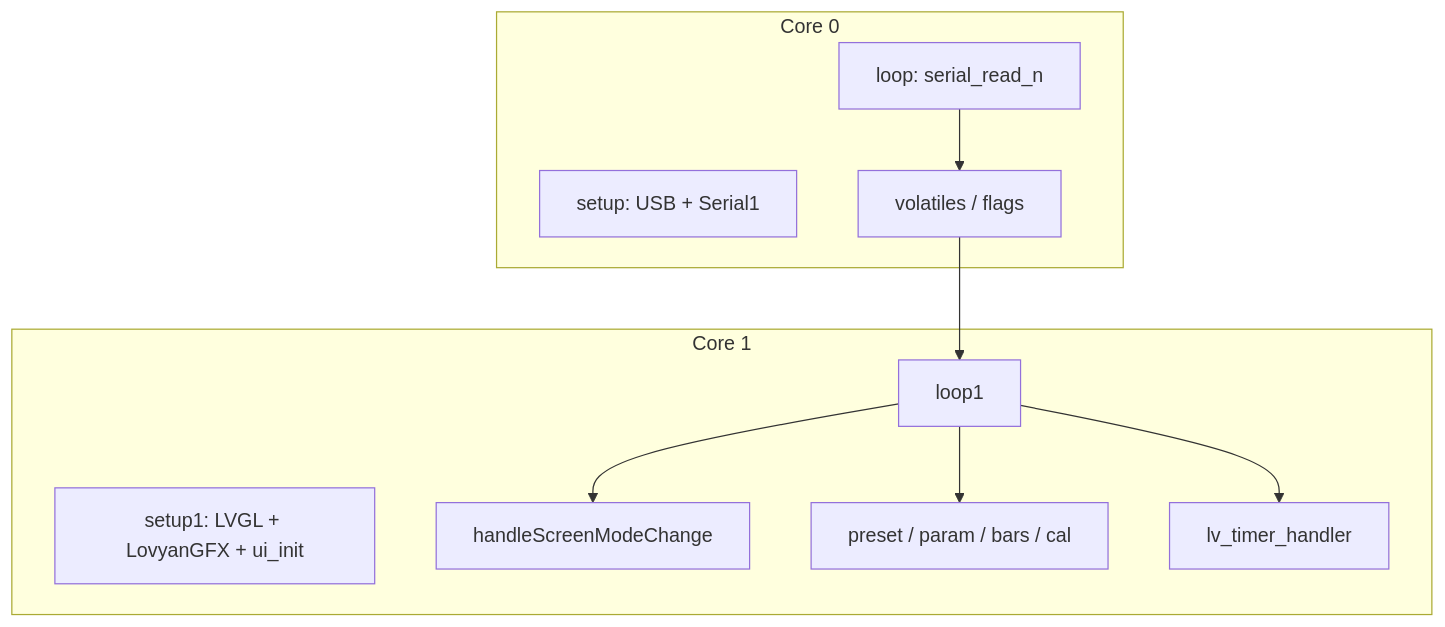
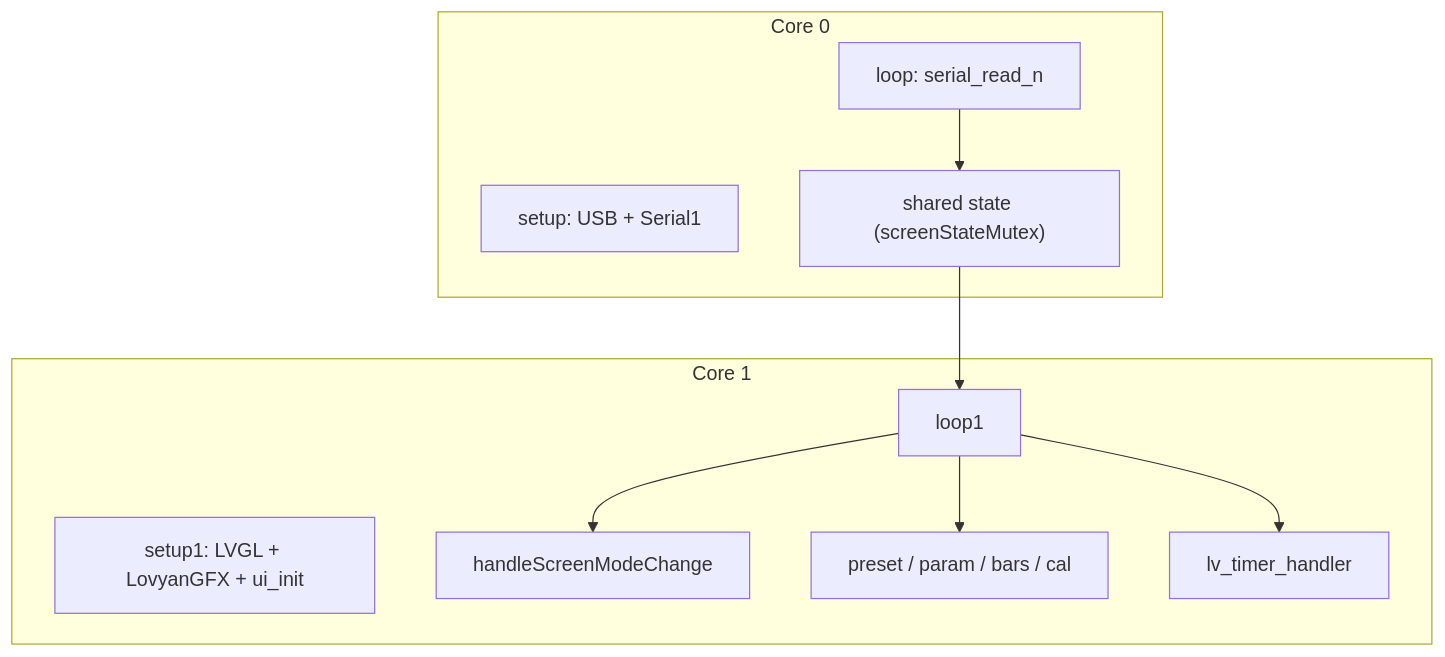
Before and after one commit to felipegaspari/DCO3-MONOSYNTH-SCREEN-CONTROLLER: the diagram in RP2040_SCREEN_CONTROLLER_LVGL_LOVEYANGFX/docs/UI_AND_SERIAL.md, drawn with Mermaid. The commit also changed other lines of this file and 21 other files, not shown here.

````diff
--- a/RP2040_SCREEN_CONTROLLER_LVGL_LOVEYANGFX/docs/UI_AND_SERIAL.md
+++ b/RP2040_SCREEN_CONTROLLER_LVGL_LOVEYANGFX/docs/UI_AND_SERIAL.md
@@ -9,18 +9,18 @@
 ```mermaid
 flowchart TD
   subgraph core0 ["Core 0"]
     S0["setup: USB + Serial1"]
     L0["loop: serial_read_n"]
-    L0 --> Flags["volatiles / flags"]
+    L0 --> Flags["shared state (screenStateMutex)"]
   end
 
   subgraph core1 ["Core 1"]
     S1["setup1: LVGL + LovyanGFX + ui_init"]
     L1["loop1"]
     L1 --> Mode["handleScreenModeChange"]
     L1 --> UI["preset / param / bars / cal"]
     L1 --> LV["lv_timer_handler"]
   end
 
   Flags --> L1
 ```
````
